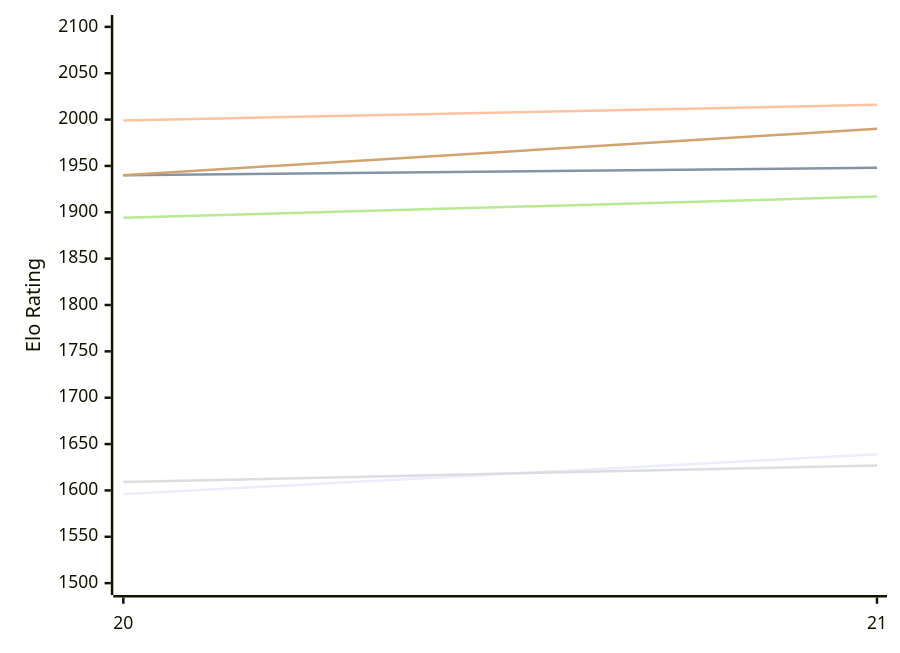
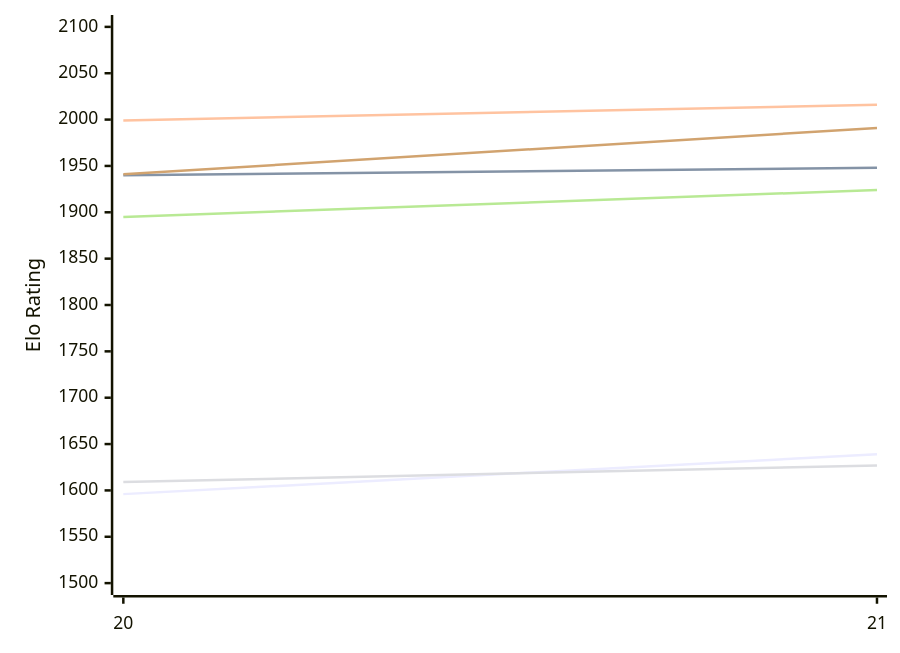
Before and after one commit to computer-chess-index/cci: the first of 2 diagrams in engines/PurplePanda.md, drawn with Mermaid. The commit also changed other lines of this file, not shown here.

Commit message:
Update CCI Ratings (ELO VLTC) - 2026-11-28

````diff
--- a/engines/PurplePanda.md
+++ b/engines/PurplePanda.md
@@ -50,12 +50,12 @@
 ```mermaid
 %%{init: {"theme":"base","themeVariables":{"seriesColors:['#a3a3a3','#222221','#faa371']}}}%%
 xychart-beta
   x-axis ["20", "21"]
   y-axis "Elo Rating" 1500 --> 2100
   line "E1: STC (8.0+0.08s)" [1596, 1639]
   line "E1: LTC (60.0+0.60s)" [1940, 1948]
   line "E1: VLTC (2m24s+1.12s)" [1999, 2016]
   line "P1: STC (8.0+0.08s)" [1609, 1627]
-  line "P1: LTC (60.0+0.60s)" [1894, 1917]
-  line "P1: VLTC (2m24s+1.12s)" [1940, 1990]
+  line "P1: LTC (60.0+0.60s)" [1895, 1924]
+  line "P1: VLTC (2m24s+1.12s)" [1941, 1991]
 ```
````
